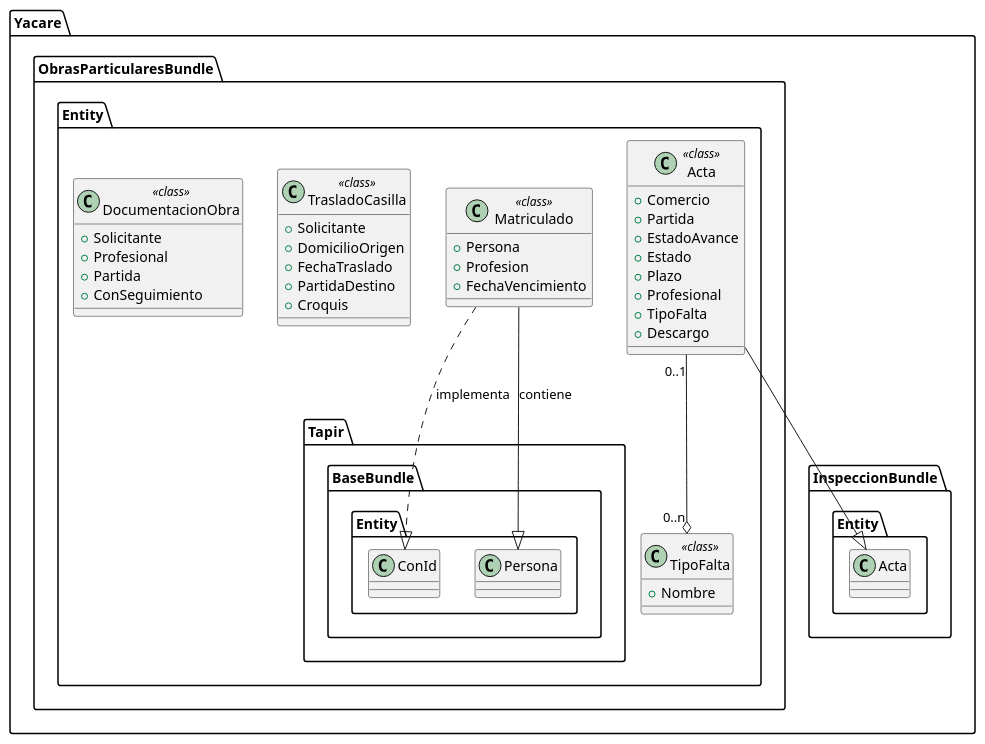
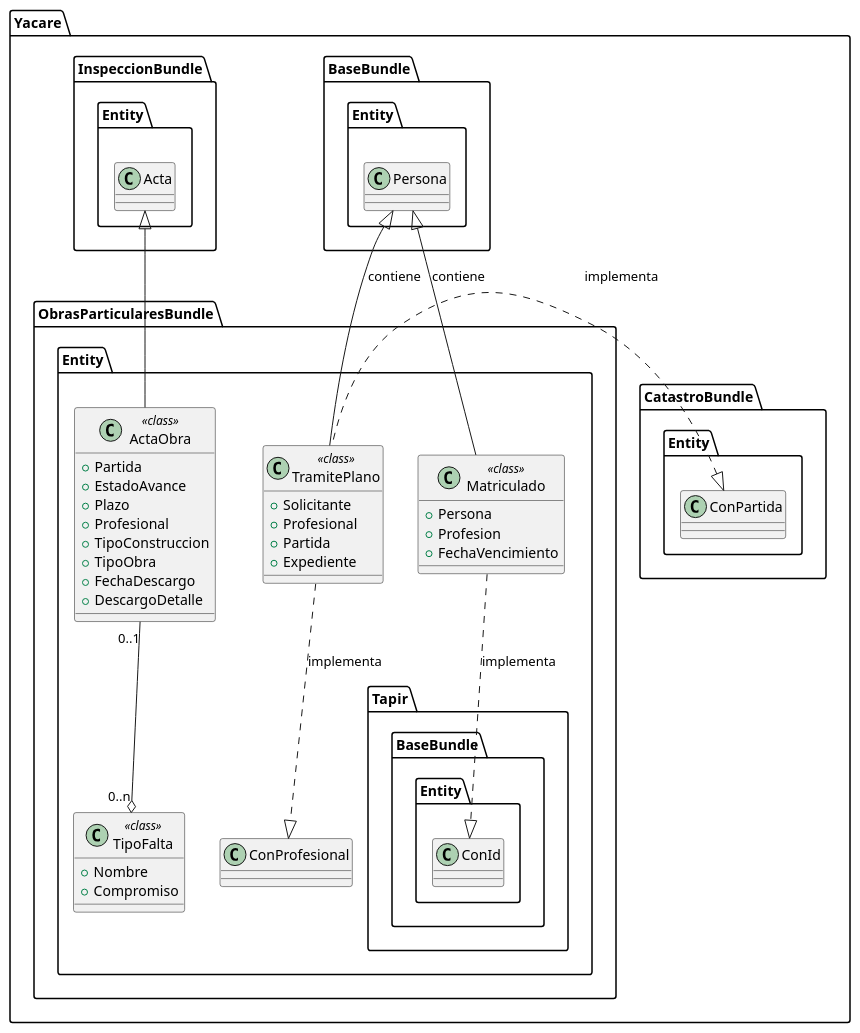
Before and after one commit to Drake86cnf/yacare: the diagram in docs/Clases/Yacare/ObrasParticulares/DC_Entidades.pu, drawn with PlantUML. The commit also changed 1 other file, not shown here.

Commit message:
Actualización documentación y modelo de Actas de Obra.

```diff
--- a/docs/Clases/Yacare/ObrasParticulares/DC_Entidades.pu
+++ b/docs/Clases/Yacare/ObrasParticulares/DC_Entidades.pu
@@ -1,47 +1,44 @@
 @startuml
 
 namespace Yacare.ObrasParticularesBundle.Entity  {
 	class Matriculado <<class>> {
 		+Persona
 		+Profesion
 		+FechaVencimiento
 	}
 	
-	class Acta <<class>> {
-		+Comercio
+	class ActaObra <<class>> {
 		+Partida
 		+EstadoAvance
-		+Estado
 		+Plazo
 		+Profesional
-		+TipoFalta
-		+Descargo
+		+TipoConstruccion
+		+TipoObra
+		+FechaDescargo
+		+DescargoDetalle
 	}
 	
 	class TipoFalta <<class>> {
 		+Nombre
+		+Compromiso
 	}
 	
-	class TrasladoCasilla <<class>> {
-		+Solicitante
-		+DomicilioOrigen
-		+FechaTraslado
-		+PartidaDestino
-		+Croquis
-	}
-	
-	class DocumentacionObra <<class>> {
+	class TramitePlano <<class>> {
 		+Solicitante
 		+Profesional
 		+Partida
-		+ConSeguimiento
+		+Expediente
 	}
 	
 	Matriculado ..|> Tapir.BaseBundle.Entity.ConId : implementa
-	Matriculado --|> Tapir.BaseBundle.Entity.Persona : contiene
+	Matriculado -up-|> Yacare.BaseBundle.Entity.Persona : contiene
 	
-	Acta --|> Yacare.InspeccionBundle.Entity.Acta
-	Acta "0..1" --o "0..n" TipoFalta 
+	TramitePlano ..|> Yacare.ObrasParticularesBundle.Entity.ConProfesional : implementa
+	TramitePlano .left.|> Yacare.CatastroBundle.Entity.ConPartida : implementa
+	TramitePlano -up-|> Yacare.BaseBundle.Entity.Persona : contiene
+	
+	ActaObra -up-|> Yacare.InspeccionBundle.Entity.Acta
+	ActaObra "0..1" --o "0..n" TipoFalta 
 }
 
 @enduml
```
